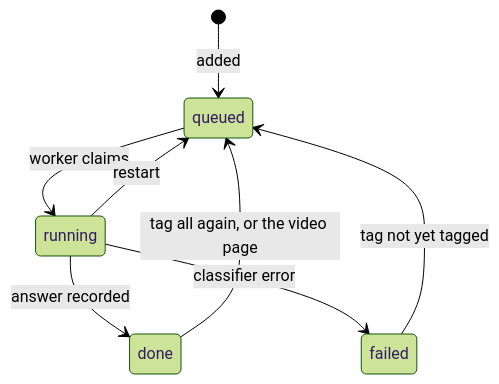
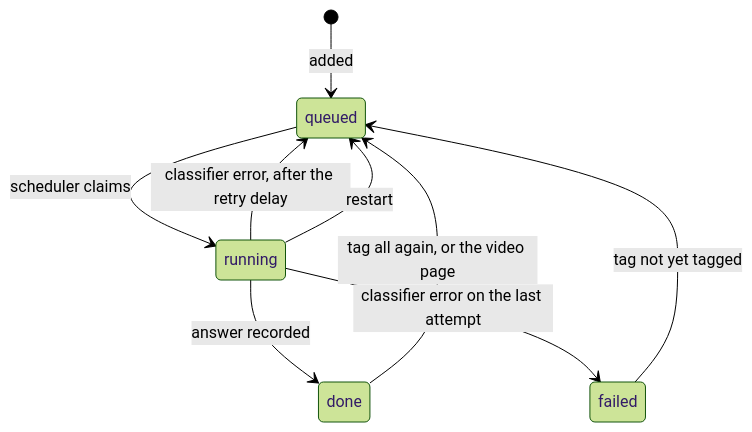
One commit to syudead/vv changed the third of 3 diagrams in docs/design-docs/auto-tagging.md. Above: the diagram before and after it, drawn with Mermaid (forest theme). The commit also changed other lines of this file and 28 other files, not shown here.

````diff
--- a/docs/design-docs/auto-tagging.md
+++ b/docs/design-docs/auto-tagging.md
@@ -129,10 +135,11 @@
 ```mermaid
 stateDiagram-v2
   [*] --> queued: added
-  queued --> running: worker claims
+  queued --> running: scheduler claims
   running --> done: answer recorded
-  running --> failed: classifier error
+  running --> queued: classifier error, after the retry delay
+  running --> failed: classifier error on the last attempt
   running --> queued: restart
   failed --> queued: tag not yet tagged
   done --> queued: tag all again, or the video page
 ```
````
